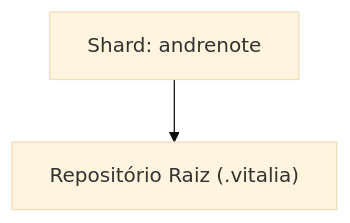
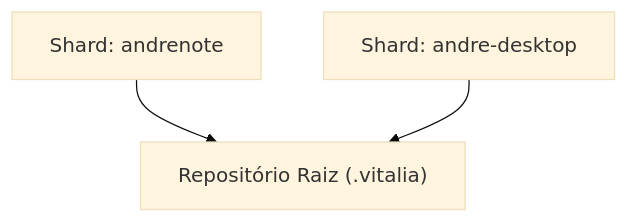
One commit to vitalia-platform/agente-local-context changed the diagram in DASHBOARD.md. Above: the diagram before and after it, drawn with Mermaid (base theme). The commit also changed other lines of this file and 12 other files, not shown here.

````diff
--- a/DASHBOARD.md
+++ b/DASHBOARD.md
@@ -20,5 +27,6 @@
 ```mermaid
 graph TD
   Raiz["Repositório Raiz (.vitalia)"]
   7f367bd3["Shard: andrenote"] --> Raiz
+  f23704e7["Shard: andre-desktop"] --> Raiz
 ```
````
